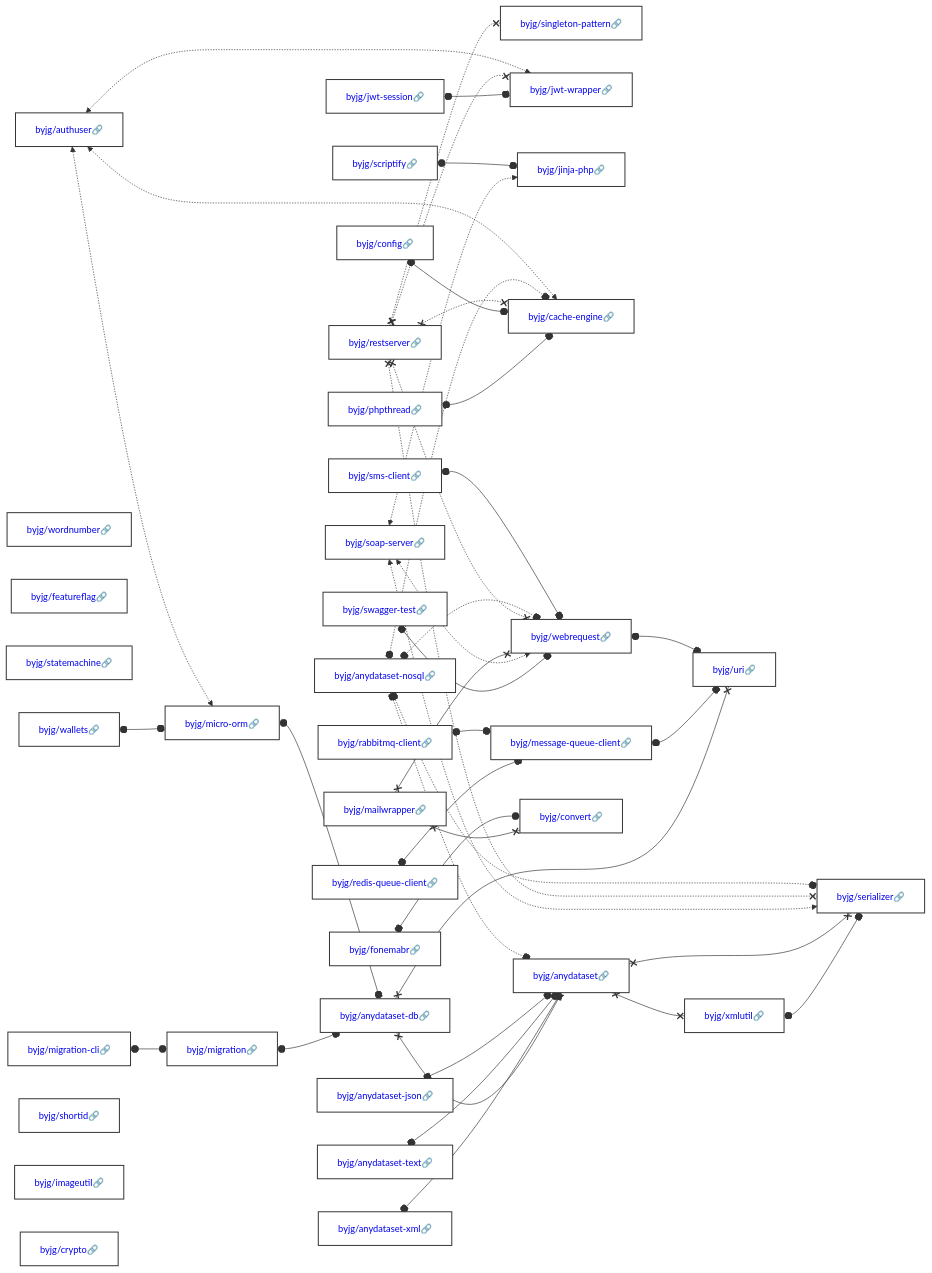
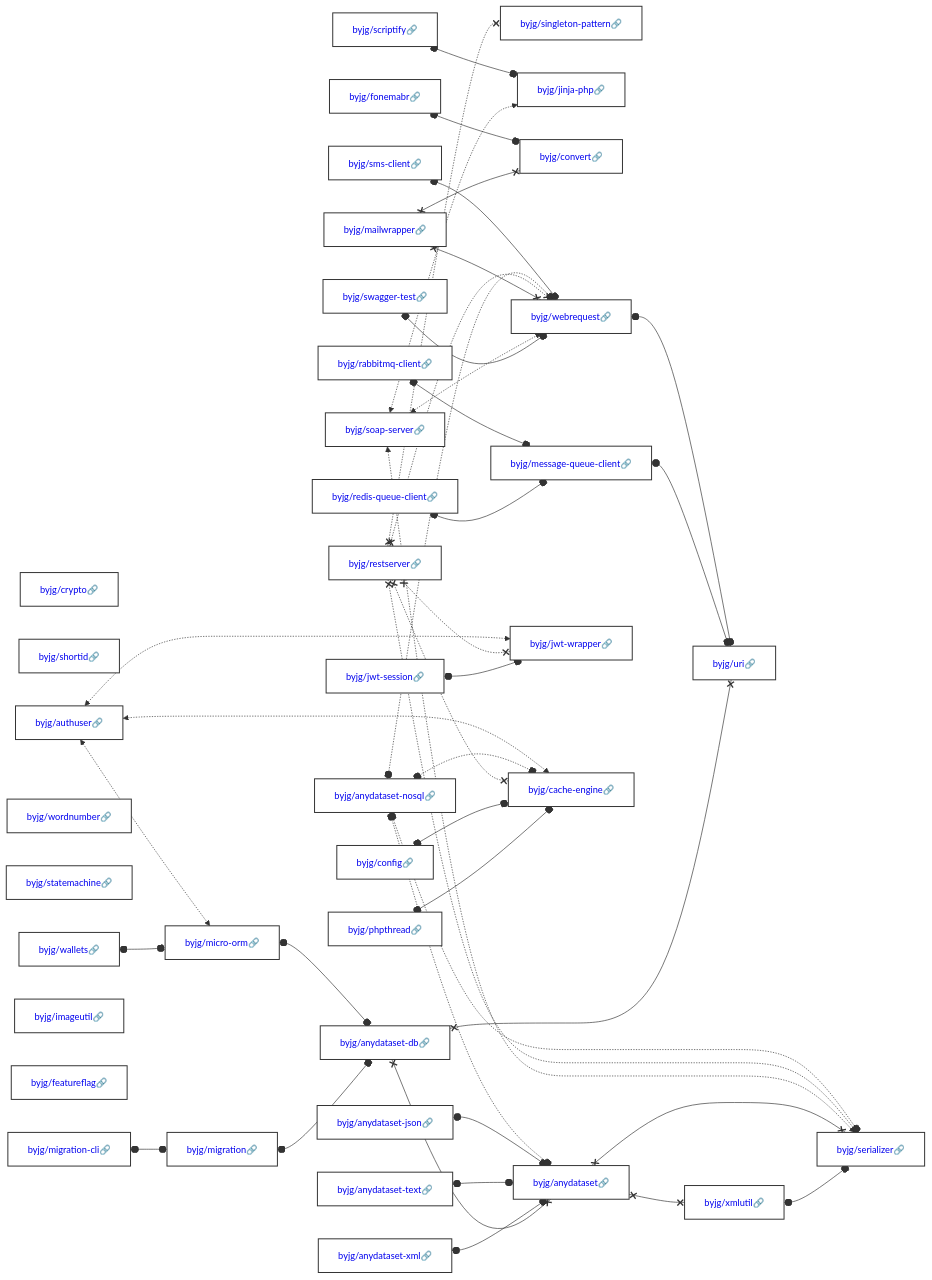
One commit to byjg/byjg.github.io changed the diagram in docs/php/README.md. Above: the diagram before and after it, drawn with Mermaid. The commit also changed other lines of this file and 26 other files, not shown here.

Commit message:
Update documentation 'php' 'php-micro-orm'

````diff
--- a/docs/php/README.md
+++ b/docs/php/README.md
@@ -3,39 +3,39 @@
 ```mermaid
 graph LR;
+  byjg/swagger-test[<a href='https://opensource.byjg.com/docs/php/swagger-test' style='text-decoration:none'>byjg/swagger-test🔗</a>];
+  byjg/anydataset-text[<a href='https://opensource.byjg.com/docs/php/anydataset-text' style='text-decoration:none'>byjg/anydataset-text🔗</a>];
+  byjg/restserver[<a href='https://opensource.byjg.com/docs/php/restserver' style='text-decoration:none'>byjg/restserver🔗</a>];
+  byjg/crypto[<a href='https://opensource.byjg.com/docs/php/crypto' style='text-decoration:none'>byjg/crypto🔗</a>];
+  byjg/rabbitmq-client[<a href='https://opensource.byjg.com/docs/php/rabbitmq-client' style='text-decoration:none'>byjg/rabbitmq-client🔗</a>];
+  byjg/scriptify[<a href='https://opensource.byjg.com/docs/php/scriptify' style='text-decoration:none'>byjg/scriptify🔗</a>];
+  byjg/sms-client[<a href='https://opensource.byjg.com/docs/php/sms-client' style='text-decoration:none'>byjg/sms-client🔗</a>];
+  byjg/jwt-session[<a href='https://opensource.byjg.com/docs/php/jwt-session' style='text-decoration:none'>byjg/jwt-session🔗</a>];
+  byjg/soap-server[<a href='https://opensource.byjg.com/docs/php/soap-server' style='text-decoration:none'>byjg/soap-server🔗</a>];
+  byjg/shortid[<a href='https://opensource.byjg.com/docs/php/shortid' style='text-decoration:none'>byjg/shortid🔗</a>];
   byjg/migration-cli[<a href='https://opensource.byjg.com/docs/php/migration-cli' style='text-decoration:none'>byjg/migration-cli🔗</a>];
+  byjg/anydataset-nosql[<a href='https://opensource.byjg.com/docs/php/anydataset-nosql' style='text-decoration:none'>byjg/anydataset-nosql🔗</a>];
+  byjg/fonemabr[<a href='https://opensource.byjg.com/docs/php/fonemabr' style='text-decoration:none'>byjg/fonemabr🔗</a>];
+  byjg/wordnumber[<a href='https://opensource.byjg.com/docs/php/wordnumber' style='text-decoration:none'>byjg/wordnumber🔗</a>];
+  byjg/mailwrapper[<a href='https://opensource.byjg.com/docs/php/mailwrapper' style='text-decoration:none'>byjg/mailwrapper🔗</a>];
+  byjg/statemachine[<a href='https://opensource.byjg.com/docs/php/statemachine' style='text-decoration:none'>byjg/statemachine🔗</a>];
+  byjg/wallets[<a href='https://opensource.byjg.com/docs/php/wallets' style='text-decoration:none'>byjg/wallets🔗</a>];
+  byjg/config[<a href='https://opensource.byjg.com/docs/php/config' style='text-decoration:none'>byjg/config🔗</a>];
   byjg/anydataset-json[<a href='https://opensource.byjg.com/docs/php/anydataset-json' style='text-decoration:none'>byjg/anydataset-json🔗</a>];
-  byjg/wordnumber[<a href='https://opensource.byjg.com/docs/php/wordnumber' style='text-decoration:none'>byjg/wordnumber🔗</a>];
+  byjg/anydataset-xml[<a href='https://opensource.byjg.com/docs/php/anydataset-xml' style='text-decoration:none'>byjg/anydataset-xml🔗</a>];
+  byjg/imageutil[<a href='https://opensource.byjg.com/docs/php/imageutil' style='text-decoration:none'>byjg/imageutil🔗</a>];
+  byjg/redis-queue-client[<a href='https://opensource.byjg.com/docs/php/redis-queue-client' style='text-decoration:none'>byjg/redis-queue-client🔗</a>];
   byjg/featureflag[<a href='https://opensource.byjg.com/docs/php/featureflag' style='text-decoration:none'>byjg/featureflag🔗</a>];
-  byjg/statemachine[<a href='https://opensource.byjg.com/docs/php/statemachine' style='text-decoration:none'>byjg/statemachine🔗</a>];
-  byjg/mailwrapper[<a href='https://opensource.byjg.com/docs/php/mailwrapper' style='text-decoration:none'>byjg/mailwrapper🔗</a>];
   byjg/authuser[<a href='https://opensource.byjg.com/docs/php/authuser' style='text-decoration:none'>byjg/authuser🔗</a>];
-  byjg/rabbitmq-client[<a href='https://opensource.byjg.com/docs/php/rabbitmq-client' style='text-decoration:none'>byjg/rabbitmq-client🔗</a>];
-  byjg/anydataset-xml[<a href='https://opensource.byjg.com/docs/php/anydataset-xml' style='text-decoration:none'>byjg/anydataset-xml🔗</a>];
-  byjg/wallets[<a href='https://opensource.byjg.com/docs/php/wallets' style='text-decoration:none'>byjg/wallets🔗</a>];
-  byjg/restserver[<a href='https://opensource.byjg.com/docs/php/restserver' style='text-decoration:none'>byjg/restserver🔗</a>];
-  byjg/shortid[<a href='https://opensource.byjg.com/docs/php/shortid' style='text-decoration:none'>byjg/shortid🔗</a>];
-  byjg/soap-server[<a href='https://opensource.byjg.com/docs/php/soap-server' style='text-decoration:none'>byjg/soap-server🔗</a>];
-  byjg/swagger-test[<a href='https://opensource.byjg.com/docs/php/swagger-test' style='text-decoration:none'>byjg/swagger-test🔗</a>];
-  byjg/imageutil[<a href='https://opensource.byjg.com/docs/php/imageutil' style='text-decoration:none'>byjg/imageutil🔗</a>];
-  byjg/config[<a href='https://opensource.byjg.com/docs/php/config' style='text-decoration:none'>byjg/config🔗</a>];
-  byjg/anydataset-nosql[<a href='https://opensource.byjg.com/docs/php/anydataset-nosql' style='text-decoration:none'>byjg/anydataset-nosql🔗</a>];
-  byjg/crypto[<a href='https://opensource.byjg.com/docs/php/crypto' style='text-decoration:none'>byjg/crypto🔗</a>];
-  byjg/jwt-session[<a href='https://opensource.byjg.com/docs/php/jwt-session' style='text-decoration:none'>byjg/jwt-session🔗</a>];
-  byjg/scriptify[<a href='https://opensource.byjg.com/docs/php/scriptify' style='text-decoration:none'>byjg/scriptify🔗</a>];
   byjg/phpthread[<a href='https://opensource.byjg.com/docs/php/phpthread' style='text-decoration:none'>byjg/phpthread🔗</a>];
-  byjg/sms-client[<a href='https://opensource.byjg.com/docs/php/sms-client' style='text-decoration:none'>byjg/sms-client🔗</a>];
-  byjg/redis-queue-client[<a href='https://opensource.byjg.com/docs/php/redis-queue-client' style='text-decoration:none'>byjg/redis-queue-client🔗</a>];
-  byjg/fonemabr[<a href='https://opensource.byjg.com/docs/php/fonemabr' style='text-decoration:none'>byjg/fonemabr🔗</a>];
-  byjg/anydataset-text[<a href='https://opensource.byjg.com/docs/php/anydataset-text' style='text-decoration:none'>byjg/anydataset-text🔗</a>];
+  byjg/singleton-pattern[<a href='https://opensource.byjg.com/docs/php/singleton-pattern' style='text-decoration:none'>byjg/singleton-pattern🔗</a>];
+  byjg/jinja-php[<a href='https://opensource.byjg.com/docs/php/jinja-php' style='text-decoration:none'>byjg/jinja-php🔗</a>];
   byjg/migration[<a href='https://opensource.byjg.com/docs/php/migration' style='text-decoration:none'>byjg/migration🔗</a>];
-  byjg/micro-orm[<a href='https://opensource.byjg.com/docs/php/micro-orm' style='text-decoration:none'>byjg/micro-orm🔗</a>];
-  byjg/singleton-pattern[<a href='https://opensource.byjg.com/docs/php/singleton-pattern' style='text-decoration:none'>byjg/singleton-pattern🔗</a>];
-  byjg/jwt-wrapper[<a href='https://opensource.byjg.com/docs/php/jwt-wrapper' style='text-decoration:none'>byjg/jwt-wrapper🔗</a>];
-  byjg/jinja-php[<a href='https://opensource.byjg.com/docs/php/jinja-php' style='text-decoration:none'>byjg/jinja-php🔗</a>];
-  byjg/cache-engine[<a href='https://opensource.byjg.com/docs/php/cache-engine' style='text-decoration:none'>byjg/cache-engine🔗</a>];
+  byjg/convert[<a href='https://opensource.byjg.com/docs/php/convert' style='text-decoration:none'>byjg/convert🔗</a>];
   byjg/webrequest[<a href='https://opensource.byjg.com/docs/php/webrequest' style='text-decoration:none'>byjg/webrequest🔗</a>];
   byjg/message-queue-client[<a href='https://opensource.byjg.com/docs/php/message-queue-client' style='text-decoration:none'>byjg/message-queue-client🔗</a>];
-  byjg/convert[<a href='https://opensource.byjg.com/docs/php/convert' style='text-decoration:none'>byjg/convert🔗</a>];
+  byjg/micro-orm[<a href='https://opensource.byjg.com/docs/php/micro-orm' style='text-decoration:none'>byjg/micro-orm🔗</a>];
+  byjg/jwt-wrapper[<a href='https://opensource.byjg.com/docs/php/jwt-wrapper' style='text-decoration:none'>byjg/jwt-wrapper🔗</a>];
+  byjg/cache-engine[<a href='https://opensource.byjg.com/docs/php/cache-engine' style='text-decoration:none'>byjg/cache-engine🔗</a>];
   byjg/anydataset-db[<a href='https://opensource.byjg.com/docs/php/anydataset-db' style='text-decoration:none'>byjg/anydataset-db🔗</a>];
   byjg/anydataset[<a href='https://opensource.byjg.com/docs/php/anydataset' style='text-decoration:none'>byjg/anydataset🔗</a>];
   byjg/uri[<a href='https://opensource.byjg.com/docs/php/uri' style='text-decoration:none'>byjg/uri🔗</a>];
````
